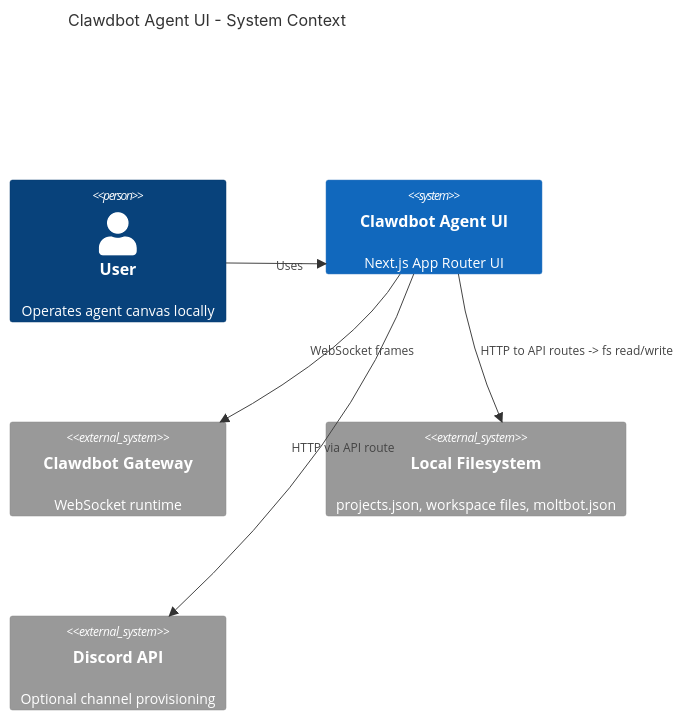
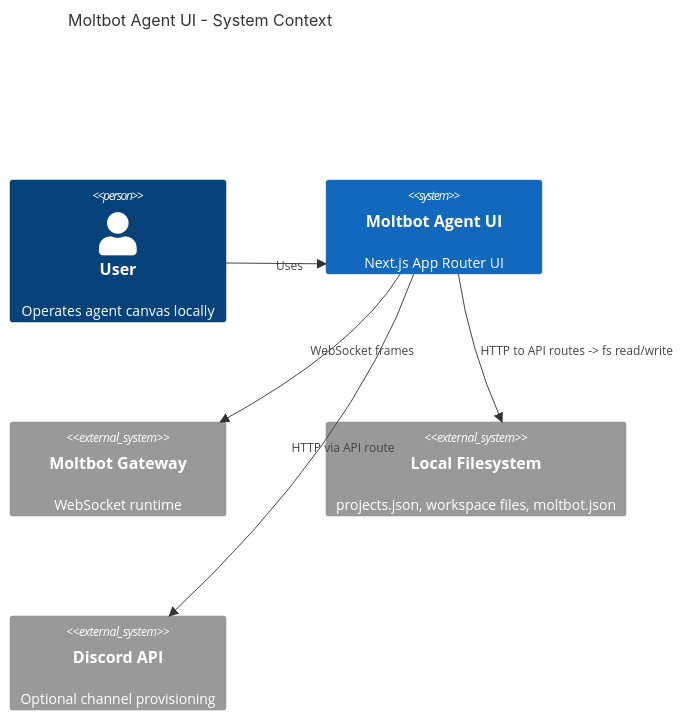
One commit to MichelCaini/openclaw-studio changed the first of 2 diagrams in ARCHITECTURE.md. Above: the diagram before and after it, drawn with Mermaid. The commit also changed other lines of this file and 5 other files, not shown here.

Commit message:
Update documentation to reflect the transition from Clawdbot to Moltbot, including changes in agent management, installation instructions, and configuration paths. Add issue and pull request templates for improved contribution guidelines.

````diff
--- a/ARCHITECTURE.md
+++ b/ARCHITECTURE.md
@@ -102,14 +102,14 @@
 ```mermaid
 C4Context
-  title Clawdbot Agent UI - System Context
+  title Moltbot Agent UI - System Context
   Person(user, "User", "Operates agent canvas locally")
-  System(ui, "Clawdbot Agent UI", "Next.js App Router UI")
-  System_Ext(gateway, "Clawdbot Gateway", "WebSocket runtime")
+  System(ui, "Moltbot Agent UI", "Next.js App Router UI")
+  System_Ext(gateway, "Moltbot Gateway", "WebSocket runtime")
   System_Ext(fs, "Local Filesystem", "projects.json, workspace files, moltbot.json")
   System_Ext(discord, "Discord API", "Optional channel provisioning")
 
   Rel(user, ui, "Uses")
   Rel(ui, gateway, "WebSocket frames")
   Rel(ui, fs, "HTTP to API routes -> fs read/write")
   Rel(ui, discord, "HTTP via API route")
 ```
````
